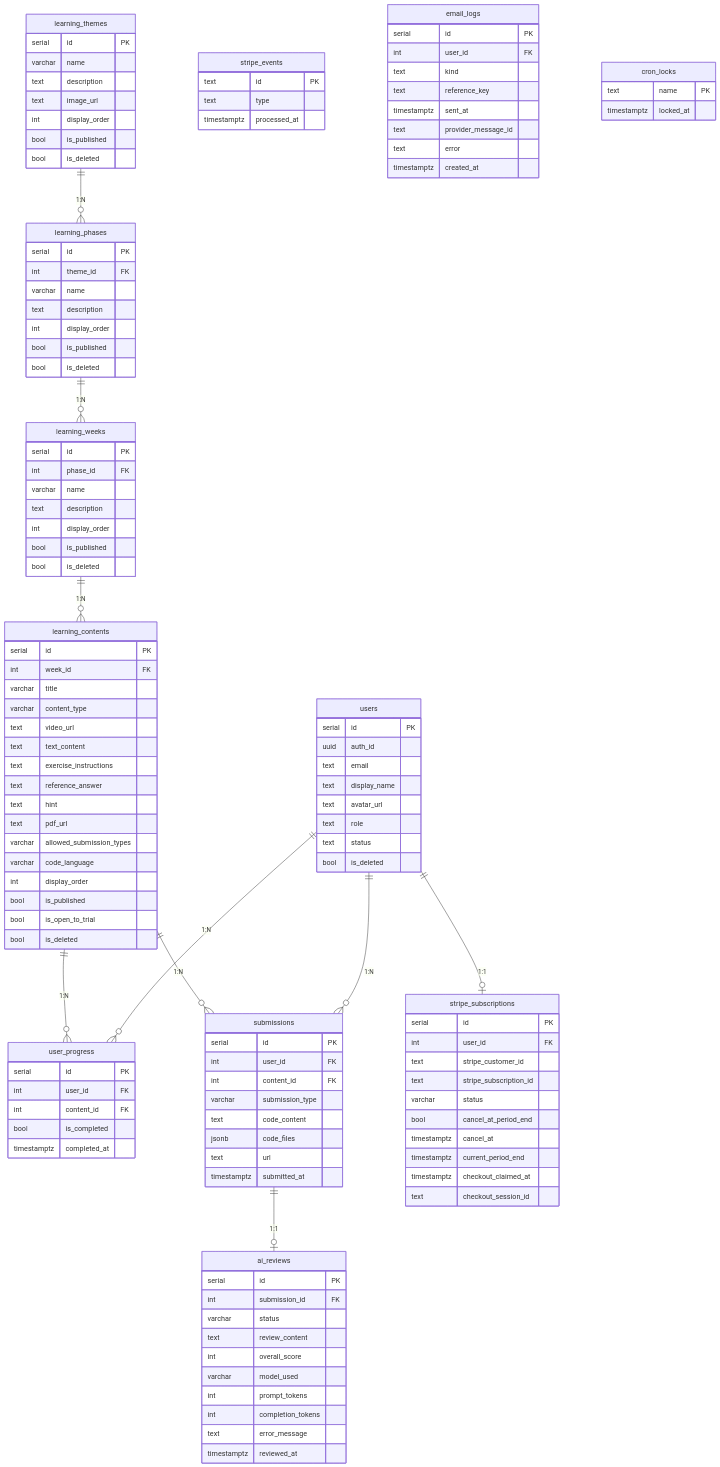
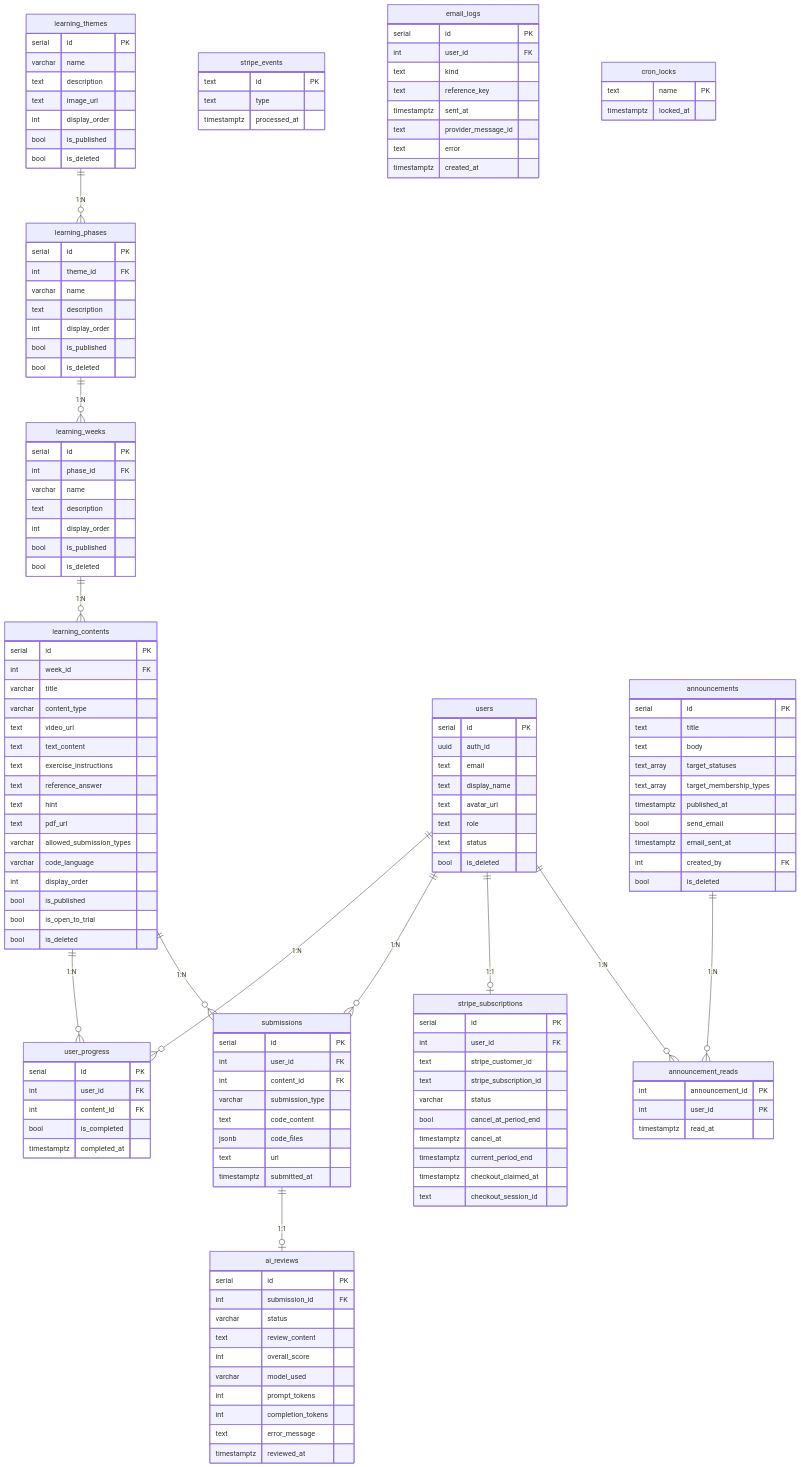
The diagram in docs/database.md (Singuralitylabs/sinlab-study), drawn with Mermaid before and after one commit. The commit also changed other lines of this file and 43 other files, not shown here.

````diff
--- a/docs/database.md
+++ b/docs/database.md
@@ -36,6 +36,8 @@
     users ||--o{ submissions : "1:N"
     submissions ||--o| ai_reviews : "1:1"
     users ||--o| stripe_subscriptions : "1:1"
+    announcements ||--o{ announcement_reads : "1:N"
+    users ||--o{ announcement_reads : "1:N"
 
     learning_themes {
         serial id PK
@@ -152,4 +154,21 @@
         text name PK
         timestamptz locked_at
     }
+    announcements {
+        serial id PK
+        text title
+        text body
+        text_array target_statuses
+        text_array target_membership_types
+        timestamptz published_at
+        bool send_email
+        timestamptz email_sent_at
+        int created_by FK
+        bool is_deleted
+    }
+    announcement_reads {
+        int announcement_id PK
+        int user_id PK
+        timestamptz read_at
+    }
 ```
````
